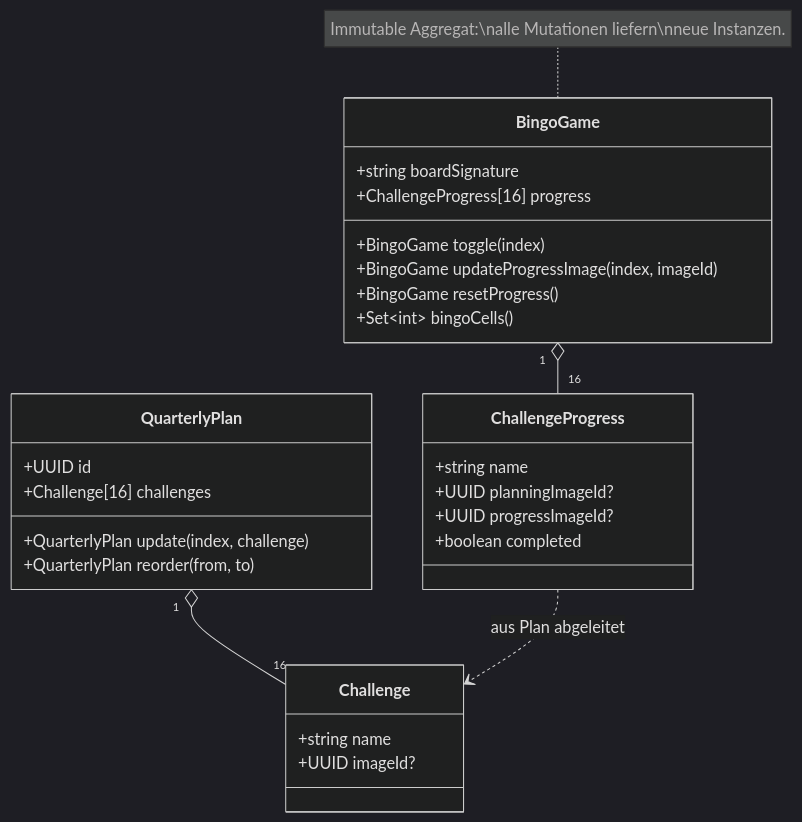
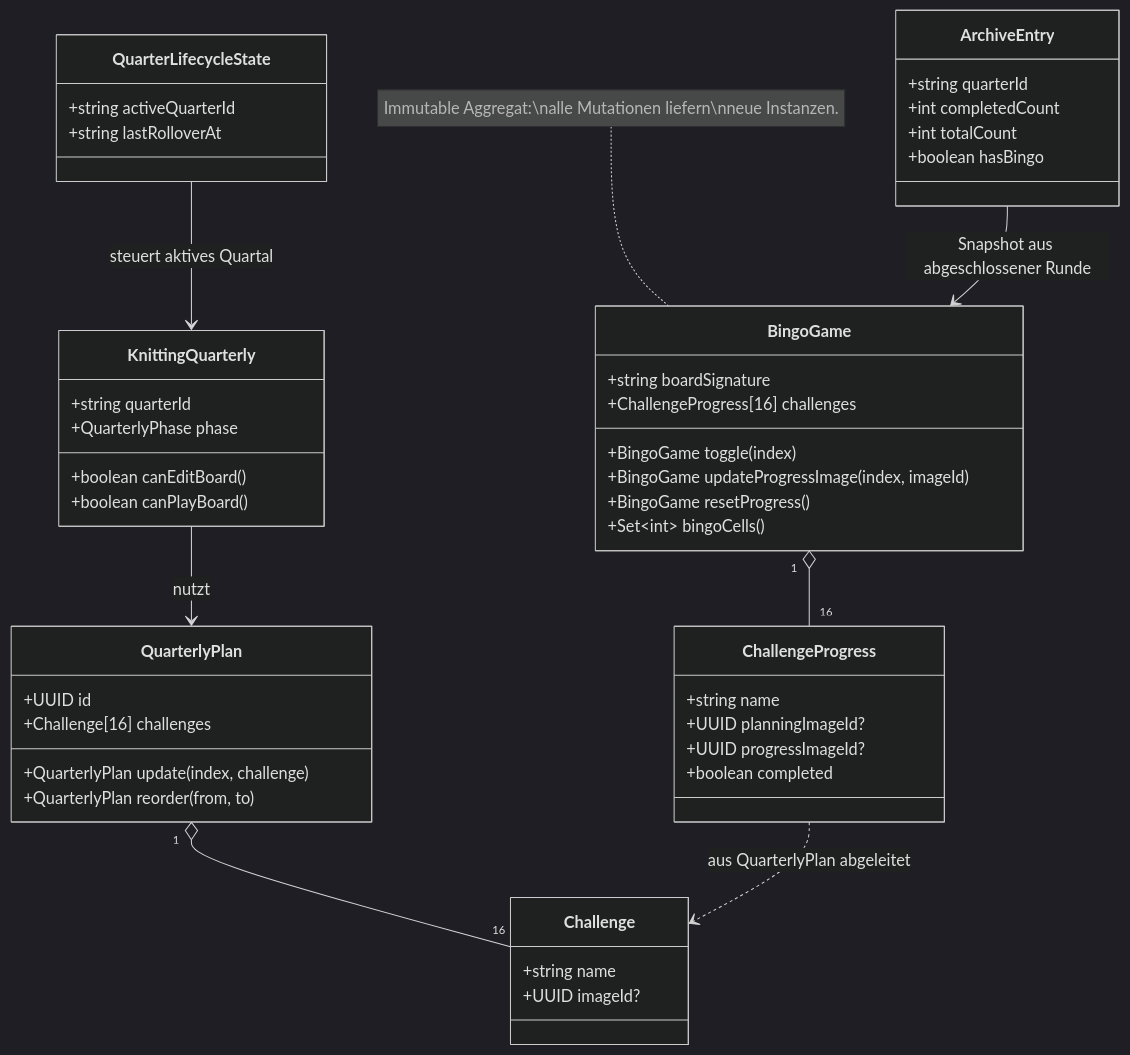
The second of 11 diagrams in docs/arc42.md (flingoflux/knitting-quarterly-bingo), drawn with Mermaid (dark theme) before and after one commit. The commit also changed other lines of this file, not shown here.

````diff
--- a/docs/arc42.md
+++ b/docs/arc42.md
@@ -92,36 +105,58 @@
 ```mermaid
 classDiagram
+  class KnittingQuarterly {
+    +string quarterId
+    +QuarterlyPhase phase
+    +boolean canEditBoard()
+    +boolean canPlayBoard()
+  }
+
   class QuarterlyPlan {
     +UUID id
     +Challenge[16] challenges
     +QuarterlyPlan update(index, challenge)
     +QuarterlyPlan reorder(from, to)
   }
 
   class Challenge {
     +string name
     +UUID imageId?
   }
 
   class BingoGame {
     +string boardSignature
-    +ChallengeProgress[16] progress
+    +ChallengeProgress[16] challenges
     +BingoGame toggle(index)
     +BingoGame updateProgressImage(index, imageId)
     +BingoGame resetProgress()
     +Set~int~ bingoCells()
   }
 
   class ChallengeProgress {
     +string name
     +UUID planningImageId?
     +UUID progressImageId?
     +boolean completed
   }
 
+  class QuarterLifecycleState {
+    +string activeQuarterId
+    +string lastRolloverAt
+  }
+
+  class ArchiveEntry {
+    +string quarterId
+    +int completedCount
+    +int totalCount
+    +boolean hasBingo
+  }
+
+  KnittingQuarterly --> QuarterlyPlan : nutzt
   QuarterlyPlan "1" o-- "16" Challenge
   BingoGame "1" o-- "16" ChallengeProgress
-  ChallengeProgress ..> Challenge : aus Plan abgeleitet
+  ChallengeProgress ..> Challenge : aus QuarterlyPlan abgeleitet
+  QuarterLifecycleState --> KnittingQuarterly : steuert aktives Quartal
+  ArchiveEntry --> BingoGame : Snapshot aus abgeschlossener Runde
 
   note for BingoGame "Immutable Aggregat:\nalle Mutationen liefern\nneue Instanzen."
 ```
````
